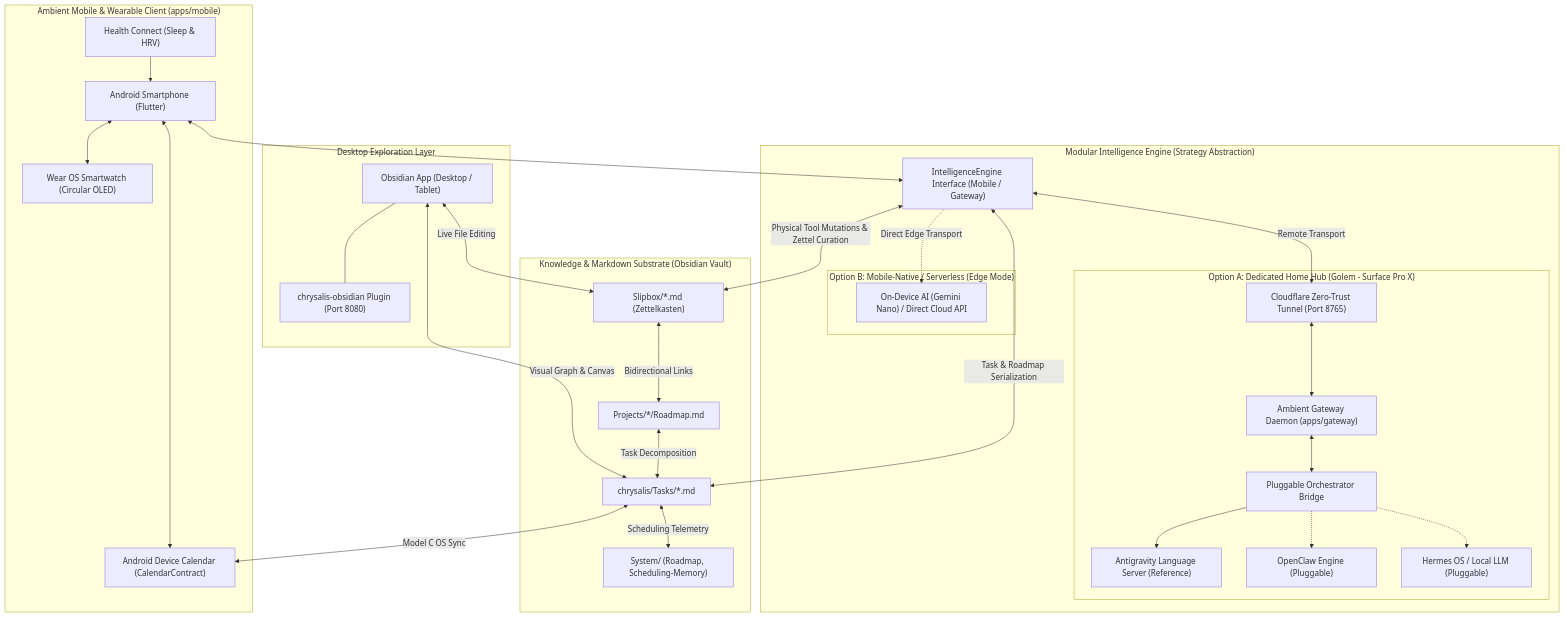
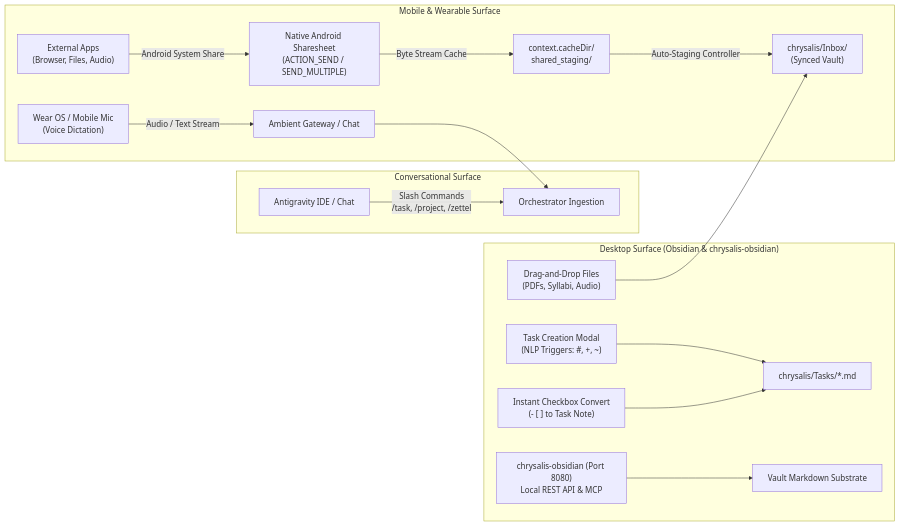
One commit to tama-gucci/chrysalis changed the first of 3 diagrams in README.md. Above: the diagram before and after it, drawn with Mermaid. The commit also changed other lines of this file and 18 other files, not shown here.

First line of the commit message:
docs & feat: restructure documentation around three core pillars and add sharesheet ingestion + doctor suite

````diff
--- a/README.md
+++ b/README.md
@@ -52,60 +70,21 @@
 ```mermaid
-graph TD
-    subgraph "Knowledge & Markdown Substrate (Obsidian Vault)"
-        Zettel["Slipbox/*.md (Zettelkasten)"]
-        Projects["Projects/*/Roadmap.md"]
-        Tasks["chrysalis/Tasks/*.md"]
-        SystemState["System/ (Roadmap, Scheduling-Memory)"]
-        
-        Zettel <-->|Bidirectional Links| Projects
-        Projects <-->|Task Decomposition| Tasks
-        Tasks <-->|Scheduling Telemetry| SystemState
+flowchart LR
+    subgraph MobileDevice ["Mobile & Wearable Surface"]
+        ExtApp["External Apps<br/>(Browser, Files, Audio)"] -->|Android System Share| NativeShare["Native Android Sharesheet<br/>(ACTION_SEND / SEND_MULTIPLE)"]
+        NativeShare -->|Byte Stream Cache| StagingDir["context.cacheDir/<br/>shared_staging/"]
+        StagingDir -->|Auto-Staging Controller| VaultInbox["chrysalis/Inbox/<br/>(Synced Vault)"]
+        VoiceMic["Wear OS / Mobile Mic<br/>(Voice Dictation)"] -->|Audio / Text Stream| GatewayInput["Ambient Gateway / Chat"]
     end
 
-    subgraph "Desktop Exploration Layer"
-        Obsidian["Obsidian App (Desktop / Tablet)"]
-        ChrysalisPlugin["chrysalis-obsidian Plugin (Port 8080)"]
-        Obsidian --- ChrysalisPlugin
-        Obsidian <-->|Live File Editing| Zettel
-        Obsidian <-->|Visual Graph & Canvas| Tasks
+    subgraph ChatSurface ["Conversational Surface"]
+        Chat["Antigravity IDE / Chat"] -->|Slash Commands<br/>/task, /project, /zettel| OrchestratorRouter["Orchestrator Ingestion"]
+        GatewayInput --> OrchestratorRouter
     end
 
-    subgraph "Modular Intelligence Engine (Strategy Abstraction)"
-        EngineContract["IntelligenceEngine Interface (Mobile / Gateway)"]
-        
-        subgraph "Option A: Dedicated Home Hub (Golem - Surface Pro X)"
-            CF["Cloudflare Zero-Trust Tunnel (Port 8765)"]
-            Gateway["Ambient Gateway Daemon (apps/gateway)"]
-            Bridge["Pluggable Orchestrator Bridge"]
-            
-            CF <--> Gateway
-            Gateway <--> Bridge
-            Bridge --> AGY["Antigravity Language Server (Reference)"]
-            Bridge -.-> OpenClaw["OpenClaw Engine (Pluggable)"]
-            Bridge -.-> Hermes["Hermes OS / Local LLM (Pluggable)"]
-        end
-
-        subgraph "Option B: Mobile-Native / Serverless (Edge Mode)"
-            DirectAI["On-Device AI (Gemini Nano) / Direct Cloud API"]
-        end
-
-        EngineContract <-->|Remote Transport| CF
-        EngineContract -.->|Direct Edge Transport| DirectAI
+    subgraph DesktopSurface ["Desktop Surface (Obsidian & chrysalis-obsidian)"]
+        ModalCapture["Task Creation Modal<br/>(NLP Triggers: #, +, ~)"] --> TasksNotes["chrysalis/Tasks/*.md"]
+        InlineConvert["Instant Checkbox Convert<br/>(- [ ] to Task Note)"] --> TasksNotes
+        DragDrop["Drag-and-Drop Files<br/>(PDFs, Syllabi, Audio)"] --> VaultInbox
+        ObsidianAPI["chrysalis-obsidian (Port 8080)<br/>Local REST API & MCP"] --> LocalVault["Vault Markdown Substrate"]
     end
-
-    subgraph "Ambient Mobile & Wearable Client (apps/mobile)"
-        Phone["Android Smartphone (Flutter)"]
-        Watch["Wear OS Smartwatch (Circular OLED)"]
-        HC["Health Connect (Sleep & HRV)"]
-        PhoneCal["Android Device Calendar (CalendarContract)"]
-        
-        HC --> Phone
-        Phone <--> PhoneCal
-        Phone <--> Watch
-        Phone <--> EngineContract
-    end
-
-    Tasks <-->|Model C OS Sync| PhoneCal
-    EngineContract <-->|Physical Tool Mutations & Zettel Curation| Zettel
-    EngineContract <-->|Task & Roadmap Serialization| Tasks
 ```
````
